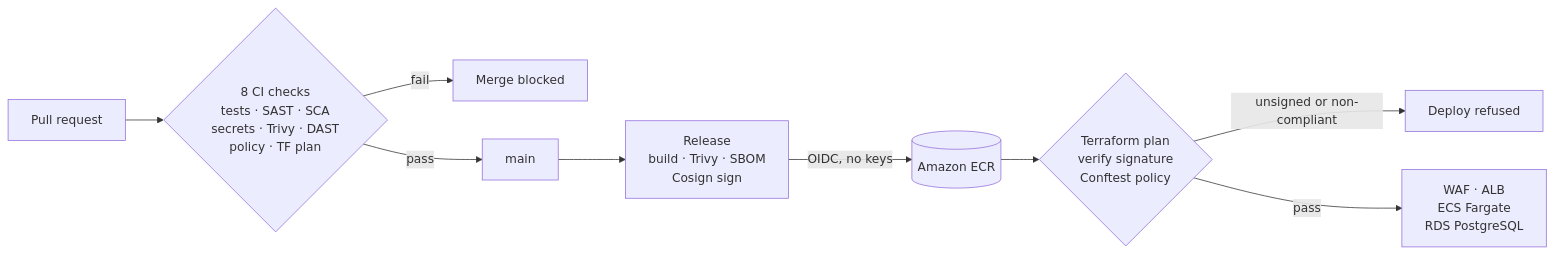
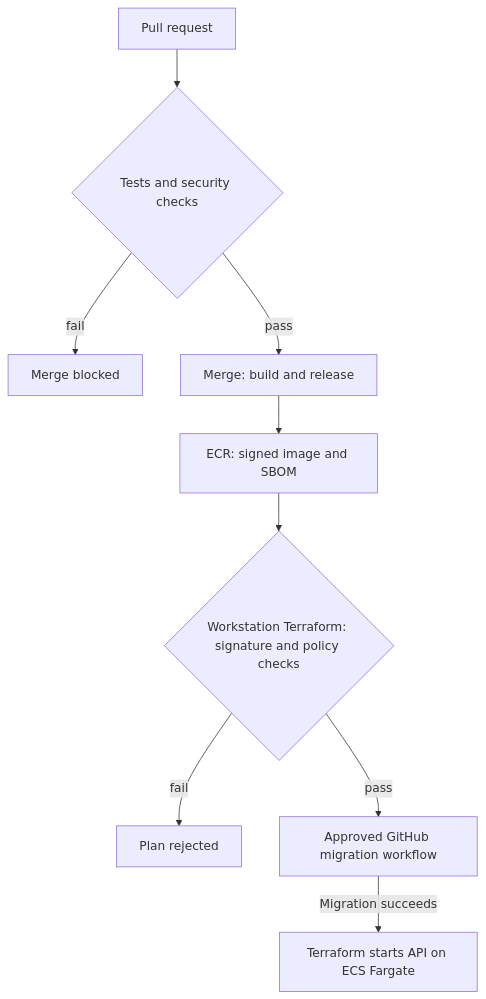
Before and after one commit to abdurahim50/abdurahim50: the diagram in README.md, drawn with Mermaid. The commit also changed other lines of this file, not shown here.

````diff
--- a/README.md
+++ b/README.md
@@ -39,11 +47,11 @@
 ```mermaid
-flowchart LR
-    PR["Pull request"] --> CI{"8 CI checks<br/>tests · SAST · SCA<br/>secrets · Trivy · DAST<br/>policy · TF plan"}
-    CI -- fail --> X["Merge blocked"]
-    CI -- pass --> M["main"]
-    M --> R["Release<br/>build · Trivy · SBOM<br/>Cosign sign"]
-    R -- "OIDC, no keys" --> ECR[("Amazon ECR")]
-    ECR --> TF{"Terraform plan<br/>verify signature<br/>Conftest policy"}
-    TF -- "unsigned or non-compliant" --> X2["Deploy refused"]
-    TF -- pass --> AWS["WAF · ALB<br/>ECS Fargate<br/>RDS PostgreSQL"]
+flowchart TD
+    PR["Pull request"] --> CI{"Tests and security checks"}
+    CI -- fail --> BLOCK["Merge blocked"]
+    CI -- pass --> REL["Merge: build and release"]
+    REL --> ECR["ECR: signed image and SBOM"]
+    ECR --> TF{"Workstation Terraform: signature and policy checks"}
+    TF -- fail --> STOP["Plan rejected"]
+    TF -- pass --> MIG["Approved GitHub migration workflow"]
+    MIG -- "Migration succeeds" --> APP["Terraform starts API on ECS Fargate"]
 ```
````
